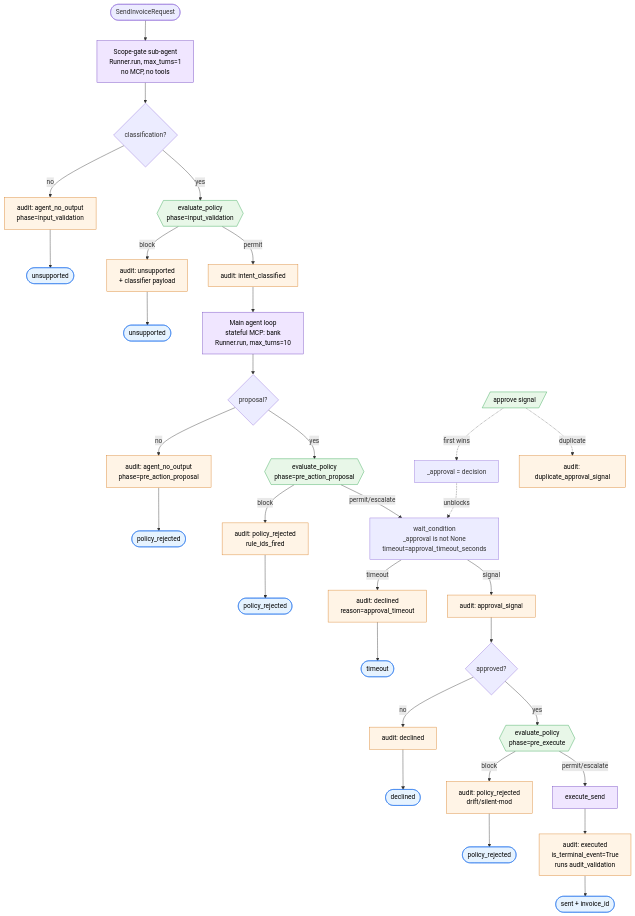
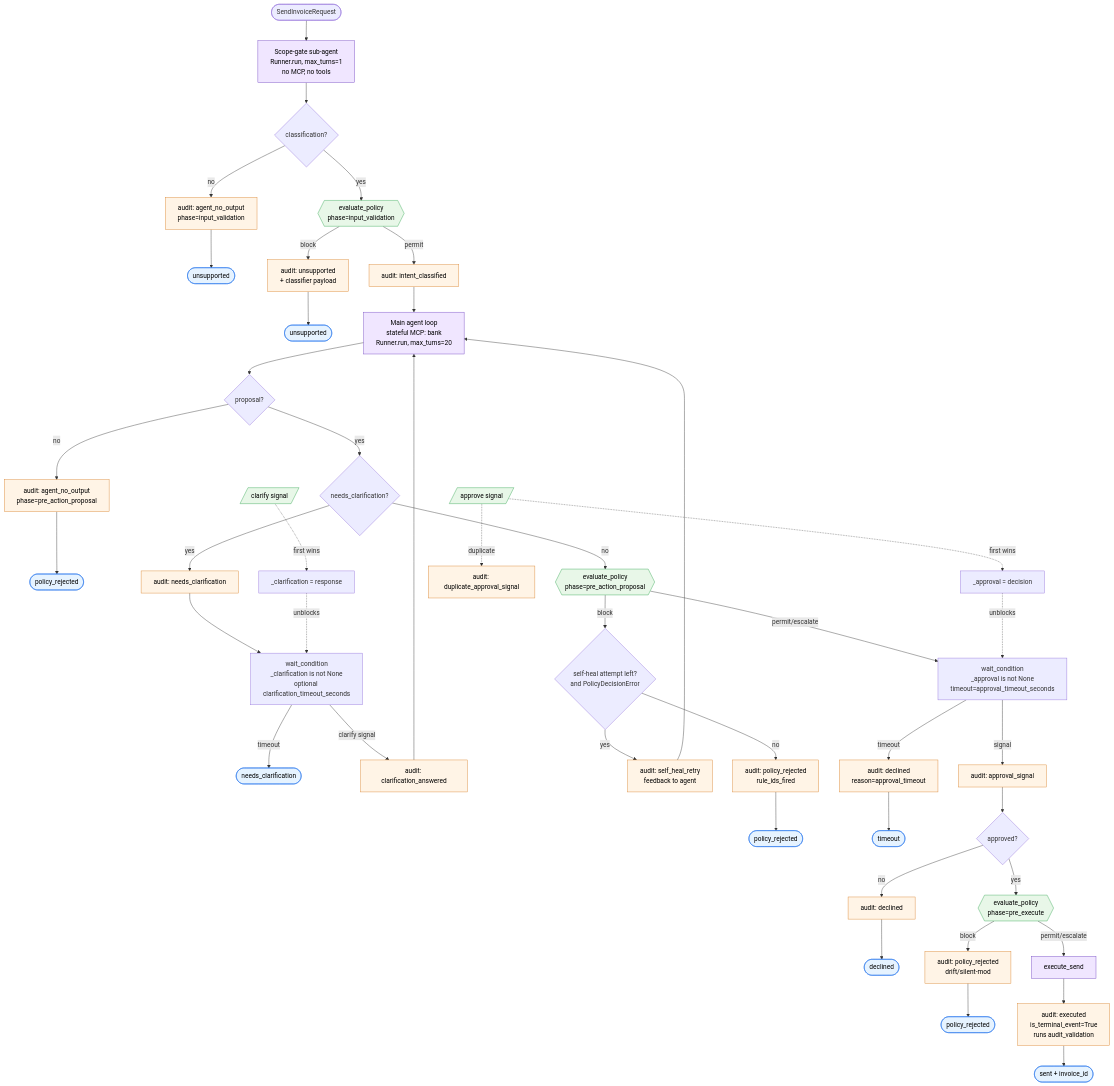
Before and after one commit to felixglush/banking-agent: the diagram in workflows/send_invoice/README.md, drawn with Mermaid. The commit also changed other lines of this file and 3 other files, not shown here.

First line of the commit message:
docs(stage-8): compass README + policy module diagram, refresh workflow diagrams

````diff
--- a/workflows/send_invoice/README.md
+++ b/workflows/send_invoice/README.md
@@ -35,45 +38,56 @@
 ```mermaid
 flowchart TD
     Start([SendInvoiceRequest]) --> ScopeGate[Scope-gate sub-agent<br/>Runner.run, max_turns=1<br/>no MCP, no tools]
     ScopeGate --> HasClass{classification?}
     HasClass -- no --> AuditNoClass[audit: agent_no_output<br/>phase=input_validation]
     AuditNoClass --> EndUnsupported1([unsupported])
     HasClass -- yes --> InputGate{{evaluate_policy<br/>phase=input_validation}}
     InputGate -- block --> AuditUnsupported[audit: unsupported<br/>+ classifier payload]
     AuditUnsupported --> EndUnsupported2([unsupported])
     InputGate -- permit --> AuditIntent[audit: intent_classified]
-    AuditIntent --> Agent[Main agent loop<br/>stateful MCP: bank<br/>Runner.run, max_turns=10]
+    AuditIntent --> Agent[Main agent loop<br/>stateful MCP: bank<br/>Runner.run, max_turns=20]
     Agent --> HasOutput{proposal?}
     HasOutput -- no --> AuditNoOut[audit: agent_no_output<br/>phase=pre_action_proposal]
     AuditNoOut --> EndRejected1([policy_rejected])
-    HasOutput -- yes --> ProposalGate{{evaluate_policy<br/>phase=pre_action_proposal}}
-    ProposalGate -- block --> AuditPolReject[audit: policy_rejected<br/>rule_ids_fired]
+    HasOutput -- yes --> NeedsClar{needs_clarification?}
+    NeedsClar -- yes --> AuditClarAsk[audit: needs_clarification]
+    AuditClarAsk --> WaitClar[wait_condition<br/>_clarification is not None<br/>optional clarification_timeout_seconds]
+    WaitClar -- timeout --> EndNeedsClar([needs_clarification])
+    WaitClar -- clarify signal --> AuditClarAns[audit: clarification_answered]
+    AuditClarAns --> Agent
+    NeedsClar -- no --> ProposalGate{{evaluate_policy<br/>phase=pre_action_proposal}}
+    ProposalGate -- block --> SelfHeal{self-heal attempt left?<br/>and PolicyDecisionError}
+    SelfHeal -- yes --> AuditHeal[audit: self_heal_retry<br/>feedback to agent]
+    AuditHeal --> Agent
+    SelfHeal -- no --> AuditPolReject[audit: policy_rejected<br/>rule_ids_fired]
     AuditPolReject --> EndRejected2([policy_rejected])
     ProposalGate -- permit/escalate --> Wait[wait_condition<br/>_approval is not None<br/>timeout=approval_timeout_seconds]
     Wait -- timeout --> AuditTimeout[audit: declined<br/>reason=approval_timeout]
     AuditTimeout --> EndTimeout([timeout])
     Wait -- signal --> AuditSignal[audit: approval_signal]
     AuditSignal --> Approved{approved?}
     Approved -- no --> AuditDeclined[audit: declined]
     AuditDeclined --> EndDeclined([declined])
     Approved -- yes --> PreExecGate{{evaluate_policy<br/>phase=pre_execute}}
     PreExecGate -- block --> AuditDriftReject[audit: policy_rejected<br/>drift/silent-mod]
     AuditDriftReject --> EndRejected3([policy_rejected])
     PreExecGate -- permit/escalate --> Execute[execute_send]
     Execute --> AuditExecuted[audit: executed<br/>is_terminal_event=True<br/>runs audit_validation]
     AuditExecuted --> EndSent([sent + invoice_id])
 
     Signal[/approve signal/]:::signal -. first wins .-> SetApproval[_approval = decision]
     Signal -. duplicate .-> AuditDup[audit: duplicate_approval_signal]
     SetApproval -. unblocks .-> Wait
+    ClarifySignal[/clarify signal/]:::signal -. first wins .-> SetClar[_clarification = response]
+    SetClar -. unblocks .-> WaitClar
 
     classDef audit fill:#fff4e6,stroke:#d9822b,color:#000
     classDef terminal fill:#e6f3ff,stroke:#1f6feb,color:#000
     classDef activity fill:#f0e6ff,stroke:#6f42c1,color:#000
     classDef policy fill:#e8f7e8,stroke:#2da44e,color:#000
     classDef signal fill:#e8f7e8,stroke:#2da44e,color:#000
-    class AuditNoClass,AuditUnsupported,AuditIntent,AuditNoOut,AuditPolReject,AuditTimeout,AuditSignal,AuditDeclined,AuditDriftReject,AuditExecuted,AuditDup audit
-    class EndUnsupported1,EndUnsupported2,EndRejected1,EndRejected2,EndRejected3,EndTimeout,EndDeclined,EndSent terminal
+    class AuditNoClass,AuditUnsupported,AuditIntent,AuditNoOut,AuditClarAsk,AuditClarAns,AuditHeal,AuditPolReject,AuditTimeout,AuditSignal,AuditDeclined,AuditDriftReject,AuditExecuted,AuditDup audit
+    class EndUnsupported1,EndUnsupported2,EndRejected1,EndRejected2,EndRejected3,EndNeedsClar,EndTimeout,EndDeclined,EndSent terminal
     class ScopeGate,Agent,Execute activity
     class InputGate,ProposalGate,PreExecGate policy
 ```
````
